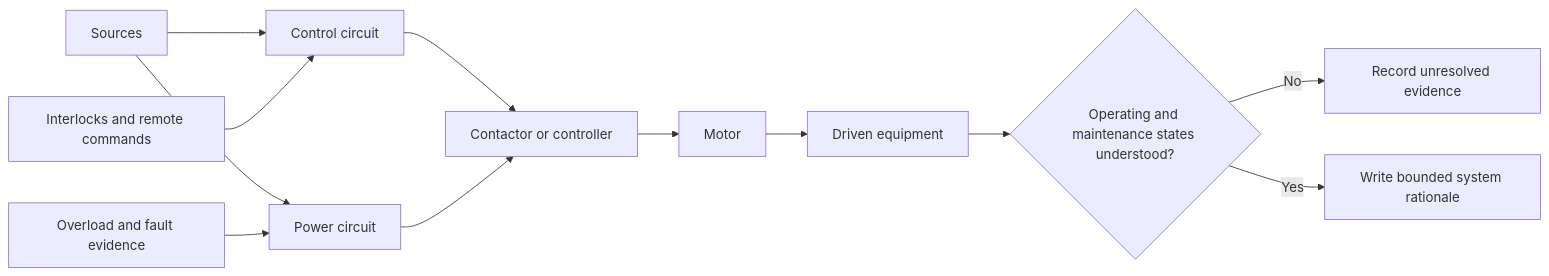
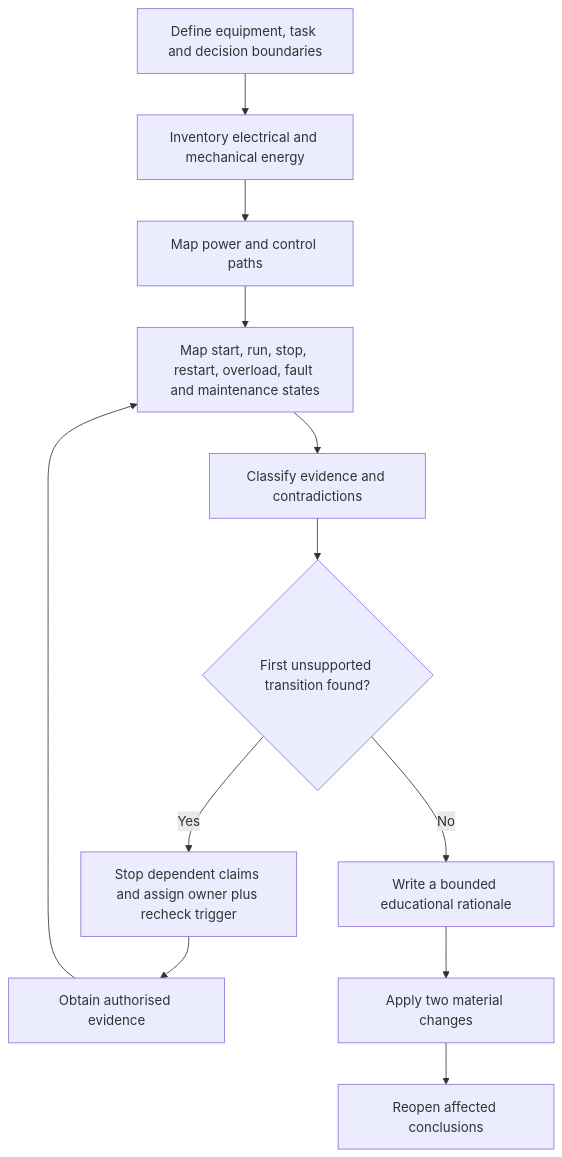
One commit to andrew3stedall/capstone changed the first of 2 diagrams in docs/learning-plans/12-week/modules/day-48-motors-associated-protection-and-control-boundaries.md. Above: the diagram before and after it, drawn with Mermaid. The commit also changed other lines of this file and 3 other files, not shown here.

Commit message:
Improve Day 48 motor-system reasoning module

````diff
--- a/docs/learning-plans/12-week/modules/day-48-motors-associated-protection-and-control-boundaries.md
+++ b/docs/learning-plans/12-week/modules/day-48-motors-associated-protection-and-control-boundaries.md
@@ -63,14 +97,14 @@
 ```mermaid
-flowchart LR
- A[Sources] --> B[Power circuit]
- A --> C[Control circuit]
- C --> D[Contactor or controller]
- B --> D
- D --> E[Motor]
- E --> F[Driven equipment]
- G[Overload and fault evidence] --> B
- H[Interlocks and remote commands] --> C
- F --> I{Operating and maintenance states understood?}
- I -->|No| J[Record unresolved evidence]
- I -->|Yes| K[Write bounded system rationale]
+flowchart TD
+    A[Define equipment, task and decision boundaries] --> B[Inventory electrical and mechanical energy]
+    B --> C[Map power and control paths]
+    C --> D[Map start, run, stop, restart, overload, fault and maintenance states]
+    D --> E[Classify evidence and contradictions]
+    E --> F{First unsupported transition found?}
+    F -->|Yes| G[Stop dependent claims and assign owner plus recheck trigger]
+    F -->|No| H[Write a bounded educational rationale]
+    G --> I[Obtain authorised evidence]
+    I --> D
+    H --> J[Apply two material changes]
+    J --> K[Reopen affected conclusions]
 ```
````
